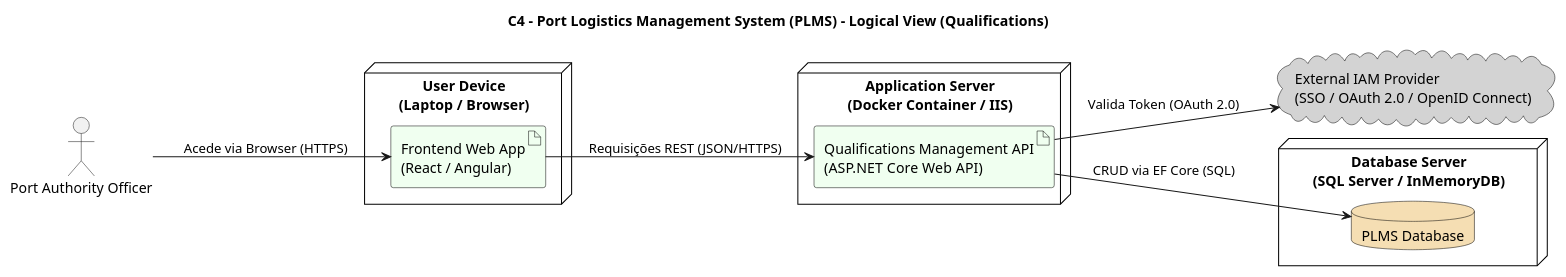
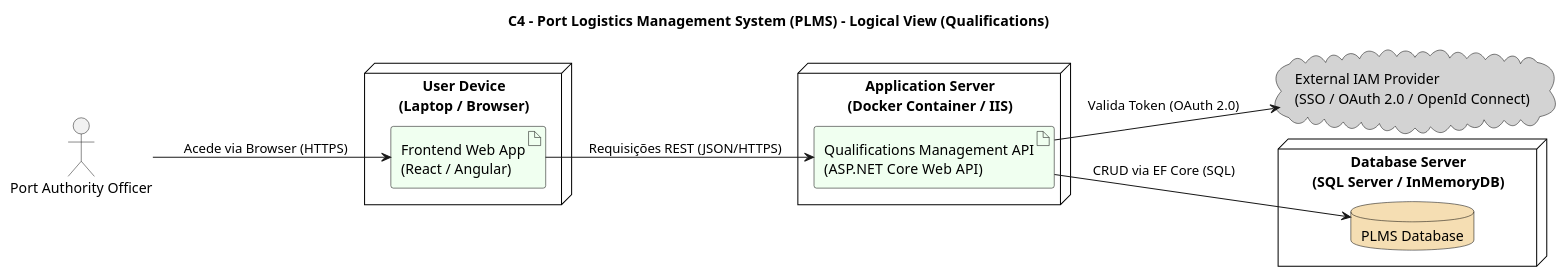
The diagram in Docs/Sprint A/US 2.2.13/Modelo c4/C4_Logica.puml (Departamento-de-Engenharia-Informatica/LEI-SEM5-PI-2025-26-3DM-03), drawn with PlantUML before and after one commit. The commit also changed 12 other files, not shown here.

```diff
--- a/Docs/Sprint A/US 2.2.13/Modelo c4/C4_Logica.puml
+++ b/Docs/Sprint A/US 2.2.13/Modelo c4/C4_Logica.puml
@@ -1,53 +1,53 @@
 @startuml C4_Manage_Qualifications_Logical_View
 title C4 – Port Logistics Management System (PLMS) – Logical View (Qualifications)
 left to right direction
 
 skinparam node {
   BackgroundColor White
   BorderColor Black
   FontColor Black
   FontStyle bold
 }
 
 skinparam cloud {
   BackgroundColor LightGray
   BorderColor Black
   FontColor Black
 }
 
 skinparam database {
   BackgroundColor Wheat
   BorderColor Black
   FontColor Black
 }
 
 skinparam artifact {
   BackgroundColor HoneyDew
   BorderColor Black
   FontColor Black
 }
 
 ' === Nós principais ===
 actor "Port Authority Officer" as Officer
 
 node "User Device\n(Laptop / Browser)" as Client {
   artifact "Frontend Web App\n(React / Angular)" as Frontend
 }
 
 node "Application Server\n(Docker Container / IIS)" as AppServer {
   artifact "Qualifications Management API\n(ASP.NET Core Web API)" as API
 }
 
 node "Database Server\n(SQL Server / InMemoryDB)" as DBServer {
   database "PLMS Database" as Database
 }
 
-cloud "External IAM Provider\n(SSO / OAuth 2.0 / OpenID Connect)" as IAM
+cloud "External IAM Provider\n(SSO / OAuth 2.0 / OpenId Connect)" as IAM
 
 ' === Relações ===
 Officer --> Frontend : Acede via Browser (HTTPS)
 Frontend --> API : Requisições REST (JSON/HTTPS)
 API --> IAM : Valida Token (OAuth 2.0)
 API --> Database : CRUD via EF Core (SQL)
 
 @enduml
```
